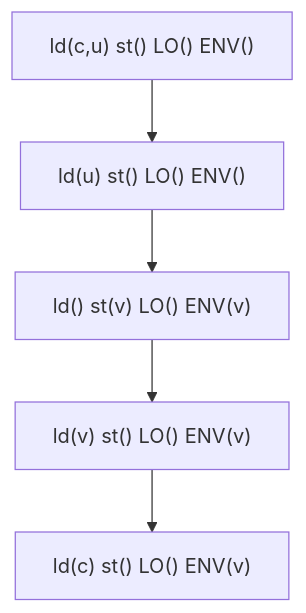
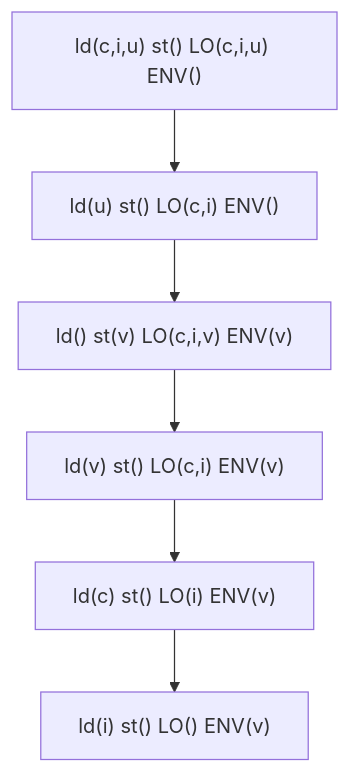
Before and after one commit to Yosshi999/ARCGolfVisualizer: the third of 6 diagrams in zlib_optimizer/graph.md, drawn with Mermaid. The commit also changed other lines of this file and 1 other file, not shown here.

````diff
--- a/zlib_optimizer/graph.md
+++ b/zlib_optimizer/graph.md
@@ -41,12 +36,14 @@
 ```mermaid
 graph TB
-  N1886106577488["ld(c,u) st() LO() ENV()"]
-  N1886106577488 --> N1886106577360
-  N1886106577360["ld(u) st() LO() ENV()"]
-  N1886106577360 --> N1886106577680
-  N1886106577680["ld() st(v) LO() ENV(v)"]
-  N1886106577680 --> N1886106577936
-  N1886106577936["ld(v) st() LO() ENV(v)"]
-  N1886106577936 --> N1886106578320
-  N1886106578320["ld(c) st() LO() ENV(v)"]
+  N2789306708368["ld(c,i,u) st() LO(c,i,u) ENV()"]
+  N2789306708368 --> N2789306708240
+  N2789306708240["ld(u) st() LO(c,i) ENV()"]
+  N2789306708240 --> N2789306708560
+  N2789306708560["ld() st(v) LO(c,i,v) ENV(v)"]
+  N2789306708560 --> N2789306708944
+  N2789306708944["ld(v) st() LO(c,i) ENV(v)"]
+  N2789306708944 --> N2789306709072
+  N2789306709072["ld(c) st() LO(i) ENV(v)"]
+  N2789306709072 --> N2789306708816
+  N2789306708816["ld(i) st() LO() ENV(v)"]
 ```
````
